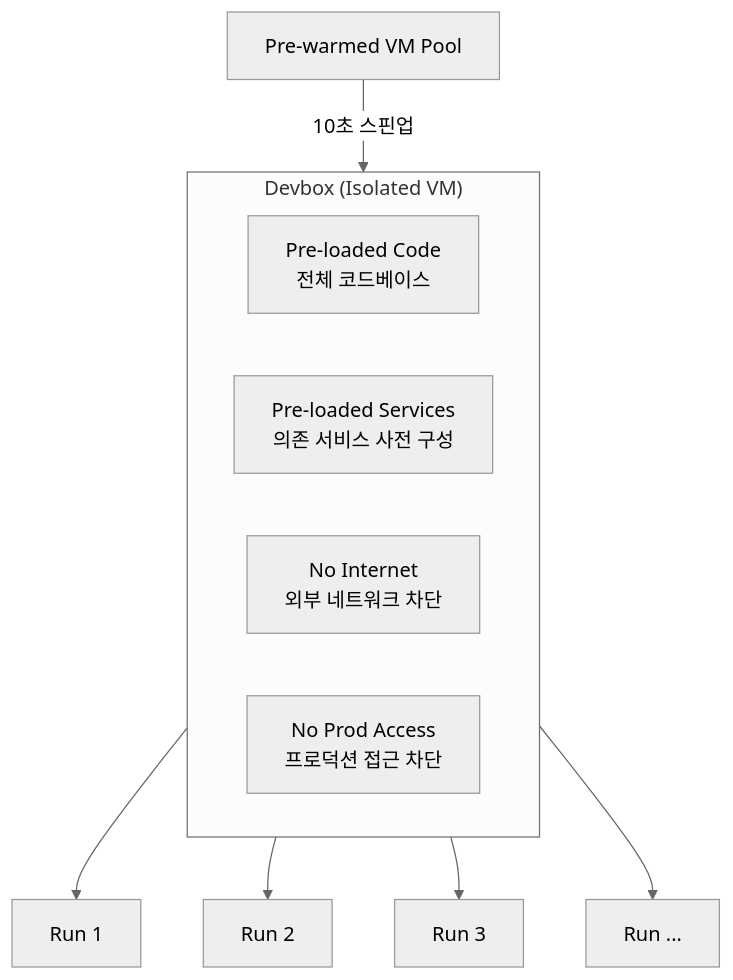
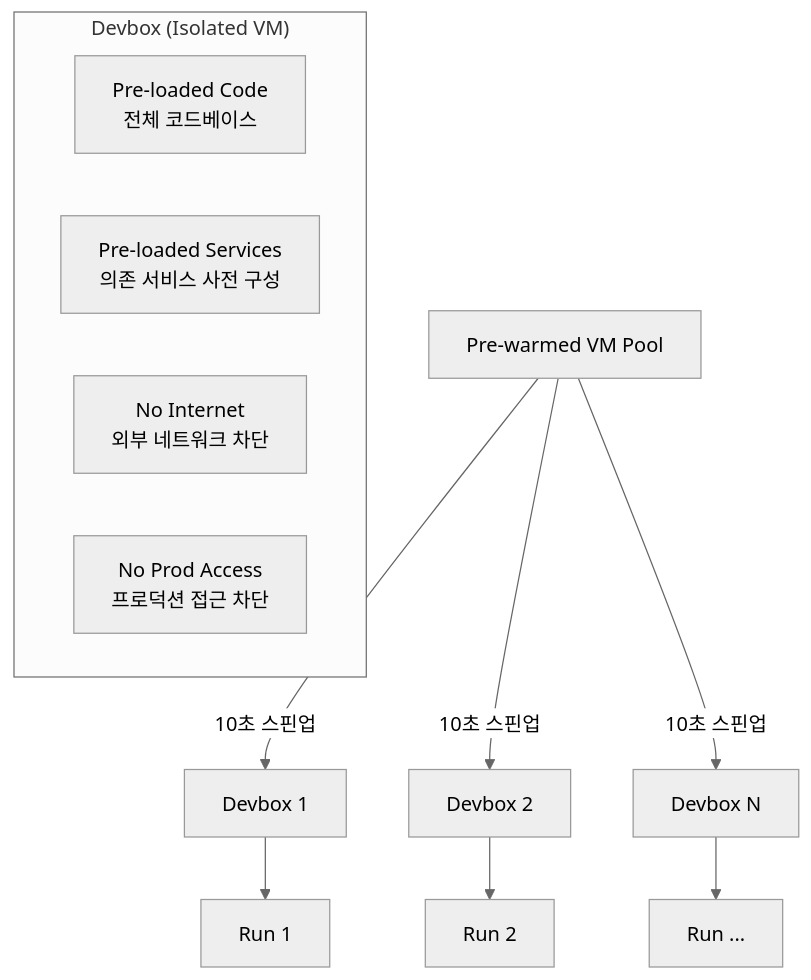
Before and after one commit to kimchanhyung98/agentic-workflows: the first of 6 diagrams in docs/examples/minions/02-stripe-minions-part2.md, drawn with Mermaid (neutral theme). The commit also changed other lines of this file and 1 other file, not shown here.

Commit message:
fix(docs): address PR review feedback for Stripe Minions docs
- Fix "all tests green" → "selective tests green" to match the selective
  CI execution model described in Layer 5 (CodeRabbit feedback)
- Fix Devbox diagram to show separate VM instances per run, correctly
  representing the isolation model (CodeRabbit feedback)
- Add top-level docs/examples/README.md index for structural consistency

````diff
--- a/docs/examples/minions/02-stripe-minions-part2.md
+++ b/docs/examples/minions/02-stripe-minions-part2.md
@@ -14,16 +14,14 @@
 ```mermaid
 flowchart TD
     subgraph Devbox["Devbox (Isolated VM)"]
         PC["Pre-loaded Code\n전체 코드베이스"]
         PS["Pre-loaded Services\n의존 서비스 사전 구성"]
         NI["No Internet\n외부 네트워크 차단"]
         NP["No Prod Access\n프로덕션 접근 차단"]
     end
 
-    Pool["Pre-warmed VM Pool"] -->|"10초 스핀업"| Devbox
-
-    Devbox --> R1["Run 1"]
-    Devbox --> R2["Run 2"]
-    Devbox --> R3["Run 3"]
-    Devbox --> R4["Run ..."]
+    Pool["Pre-warmed VM Pool"]
+    Pool -->|"10초 스핀업"| D1["Devbox 1"] --> R1["Run 1"]
+    Pool -->|"10초 스핀업"| D2["Devbox 2"] --> R2["Run 2"]
+    Pool -->|"10초 스핀업"| D3["Devbox N"] --> R3["Run ..."]
 ```
````
